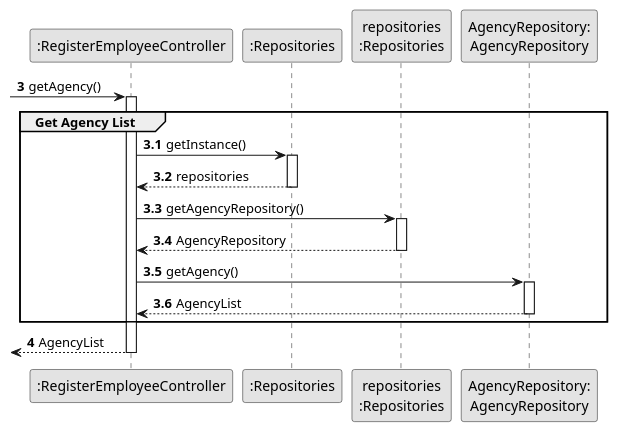
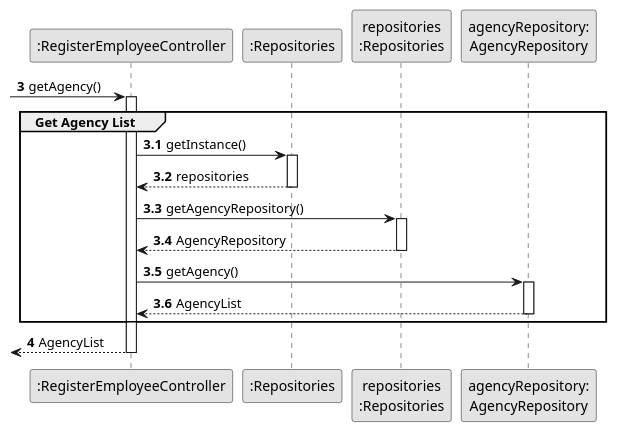
The diagram in docs/sprintB/us003/03.design/puml/us003-sequence-diagram-partial-get-agency-list.puml (rita-barbosa/LAPR2-2223), drawn with PlantUML before and after one commit. The commit also changed 5 other files, not shown here.

```diff
--- a/docs/sprintB/us003/03.design/puml/us003-sequence-diagram-partial-get-agency-list.puml
+++ b/docs/sprintB/us003/03.design/puml/us003-sequence-diagram-partial-get-agency-list.puml
@@ -1,49 +1,48 @@
 @startuml
 skinparam monochrome true
 skinparam packageStyle rectangle
 skinparam shadowing false
 
 autonumber
 
 'hide footbox
 
 participant ":RegisterEmployeeController" as CTRL
 participant ":Repositories" as RepositorySingleton
 participant "repositories\n:Repositories" as PLAT
-participant "AgencyRepository:\nAgencyRepository" as AgencyRepository
-participant "AgencyRepository:\nAgencyRepository" as AgencyRepository
+participant "agencyRepository:\nAgencyRepository" as AgencyRepository
 
 autonumber 3
 
  -> CTRL : getAgency()
 autonumber 3.1
 activate CTRL
     group Get Agency List
 
 
             CTRL -> RepositorySingleton : getInstance()
             activate RepositorySingleton
 
                 RepositorySingleton --> CTRL: repositories
             deactivate RepositorySingleton
 
             CTRL -> PLAT : getAgencyRepository()
             activate PLAT
 
                 PLAT --> CTRL: AgencyRepository
             deactivate PLAT
 
             CTRL -> AgencyRepository : getAgency()
             activate AgencyRepository
 
                 AgencyRepository --> CTRL : AgencyList
             deactivate AgencyRepository
 
 
     end
     autonumber 4
     <-- CTRL  : AgencyList
 deactivate CTRL
 
 
 @enduml
```
